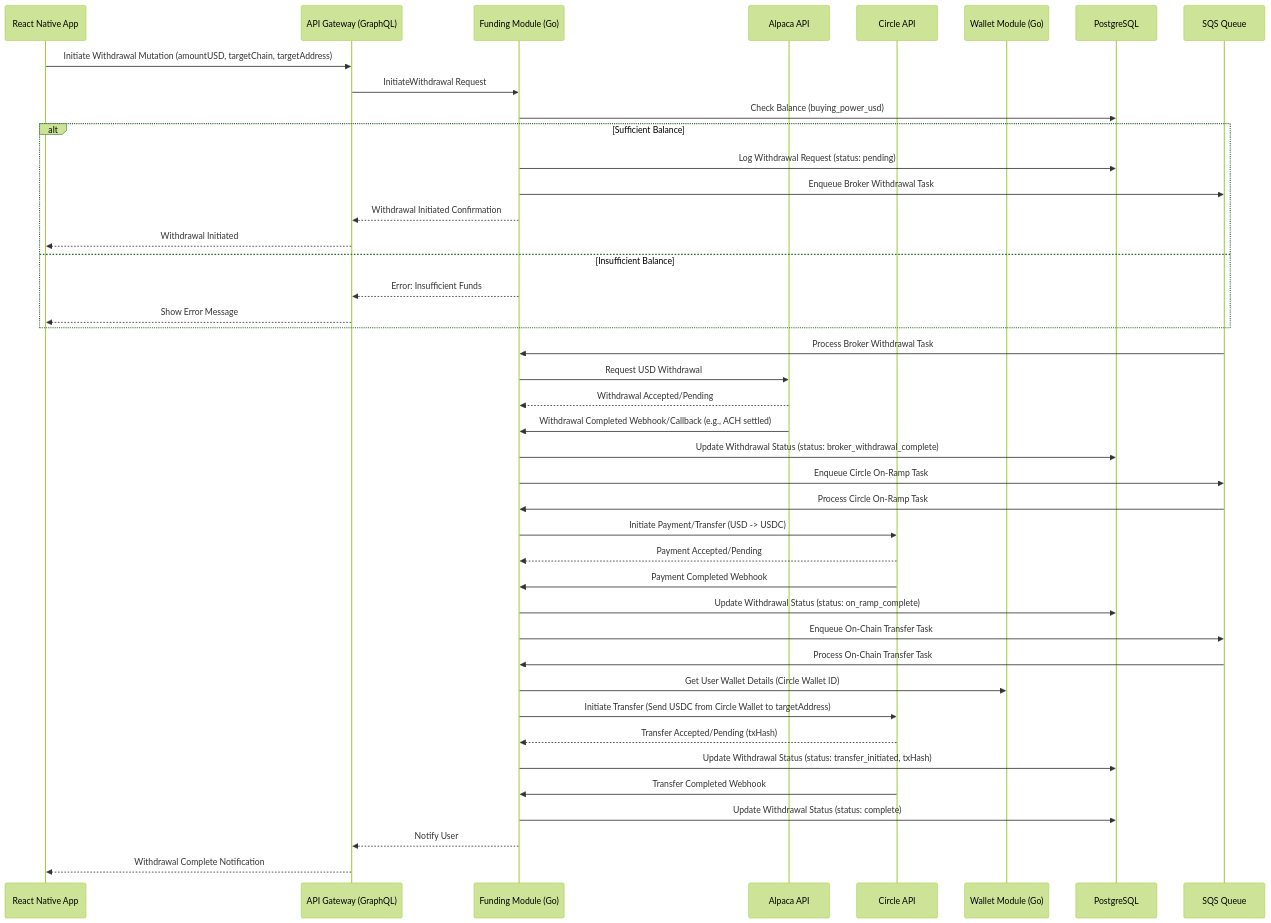
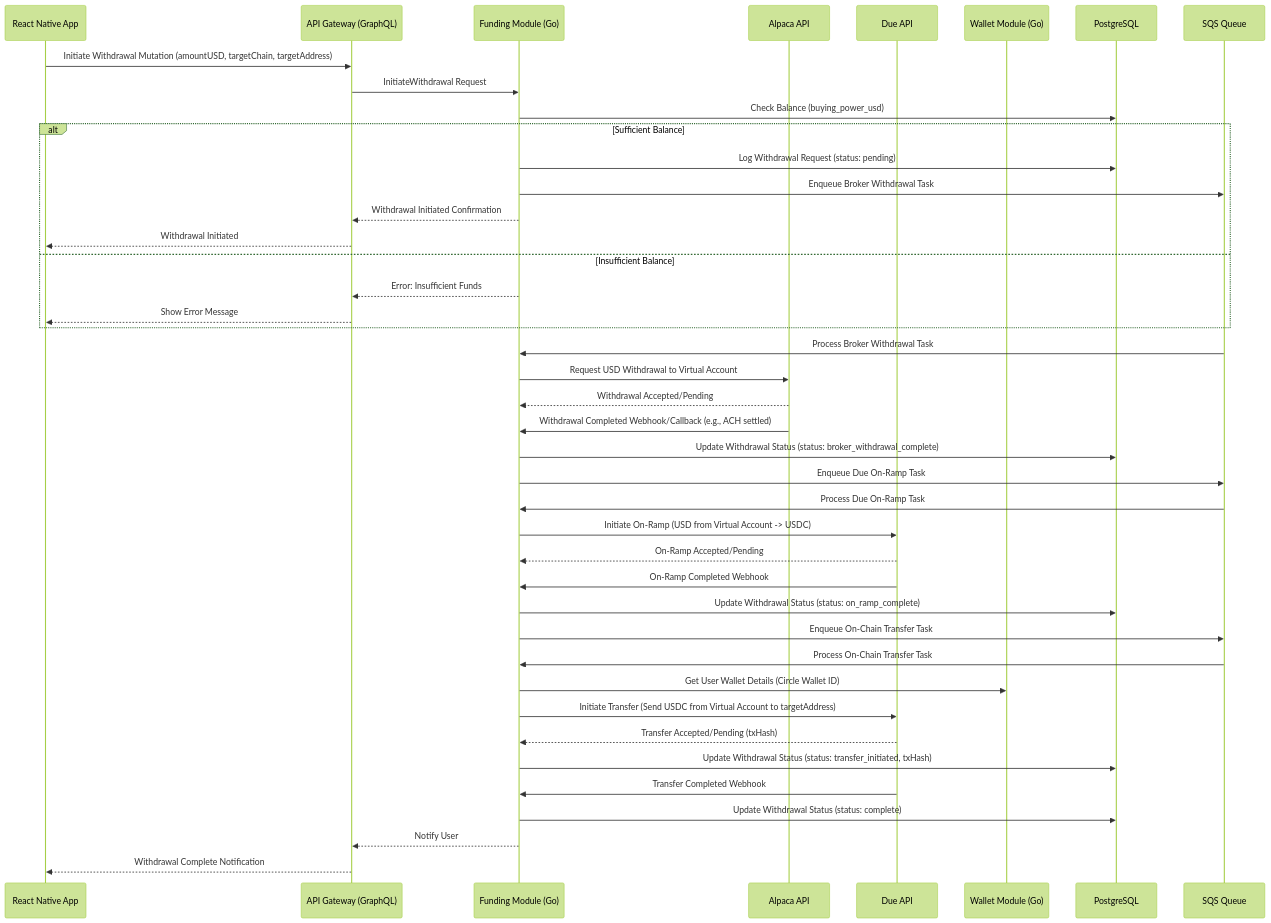
Before and after one commit to Sketchyjo/STACK-BACKEND-SERVICE: the sixth of 6 diagrams in docs/architecture.md, drawn with Mermaid (forest theme). The commit also changed other lines of this file and 142 other files, not shown here.

````diff
--- a/docs/architecture.md
+++ b/docs/architecture.md
@@ -492,57 +510,57 @@
 ```mermaid
 sequenceDiagram
     participant App as React Native App
     participant GW as API Gateway (GraphQL)
     participant FND as Funding Module (Go)
     participant DW as Alpaca API
-    participant CIR as Circle API
+    participant DUE as Due API
     participant WAL as Wallet Module (Go)
     participant PG as PostgreSQL
     participant Q as SQS Queue
 
     App->>GW: Initiate Withdrawal Mutation (amountUSD, targetChain, targetAddress)
     GW->>FND: InitiateWithdrawal Request
     FND->>PG: Check Balance (buying_power_usd)
     alt Sufficient Balance
         FND->>PG: Log Withdrawal Request (status: pending)
         FND->>Q: Enqueue Broker Withdrawal Task
         FND-->>GW: Withdrawal Initiated Confirmation
         GW-->>App: Withdrawal Initiated
     else Insufficient Balance
         FND-->>GW: Error: Insufficient Funds
         GW-->>App: Show Error Message
     end
 
     %% Async Broker Withdrawal %%
     Q->>FND: Process Broker Withdrawal Task
-    FND->>DW: Request USD Withdrawal
+    FND->>DW: Request USD Withdrawal to Virtual Account
     DW-->>FND: Withdrawal Accepted/Pending
 
     %% Alpaca Confirms USD Sent %%
     DW->>FND: Withdrawal Completed Webhook/Callback (e.g., ACH settled)
     FND->>PG: Update Withdrawal Status (status: broker_withdrawal_complete)
-    FND->>Q: Enqueue Circle On-Ramp Task
+    FND->>Q: Enqueue Due On-Ramp Task
 
-    %% Async Circle On-Ramp %%
-    Q->>FND: Process Circle On-Ramp Task
-    FND->>CIR: Initiate Payment/Transfer (USD -> USDC)
-    CIR-->>FND: Payment Accepted/Pending
+    %% Async Due On-Ramp %%
+    Q->>FND: Process Due On-Ramp Task
+    FND->>DUE: Initiate On-Ramp (USD from Virtual Account -> USDC)
+    DUE-->>FND: On-Ramp Accepted/Pending
 
-    %% Circle Confirms USDC Ready %%
-    CIR->>FND: Payment Completed Webhook
+    %% Due Confirms USDC Ready %%
+    DUE->>FND: On-Ramp Completed Webhook
     FND->>PG: Update Withdrawal Status (status: on_ramp_complete)
     FND->>Q: Enqueue On-Chain Transfer Task
 
     %% Async On-Chain Transfer %%
     Q->>FND: Process On-Chain Transfer Task
     FND->>WAL: Get User Wallet Details (Circle Wallet ID)
-    FND->>CIR: Initiate Transfer (Send USDC from Circle Wallet to targetAddress)
-    CIR-->>FND: Transfer Accepted/Pending (txHash)
+    FND->>DUE: Initiate Transfer (Send USDC from Virtual Account to targetAddress)
+    DUE-->>FND: Transfer Accepted/Pending (txHash)
     FND->>PG: Update Withdrawal Status (status: transfer_initiated, txHash)
 
-    %% Circle Confirms Transfer %%
-    CIR->>FND: Transfer Completed Webhook
+    %% Due Confirms Transfer %%
+    DUE->>FND: Transfer Completed Webhook
     FND->>PG: Update Withdrawal Status (status: complete)
     FND-->>GW: Notify User
     GW-->>App: Withdrawal Complete Notification
 ```
````
